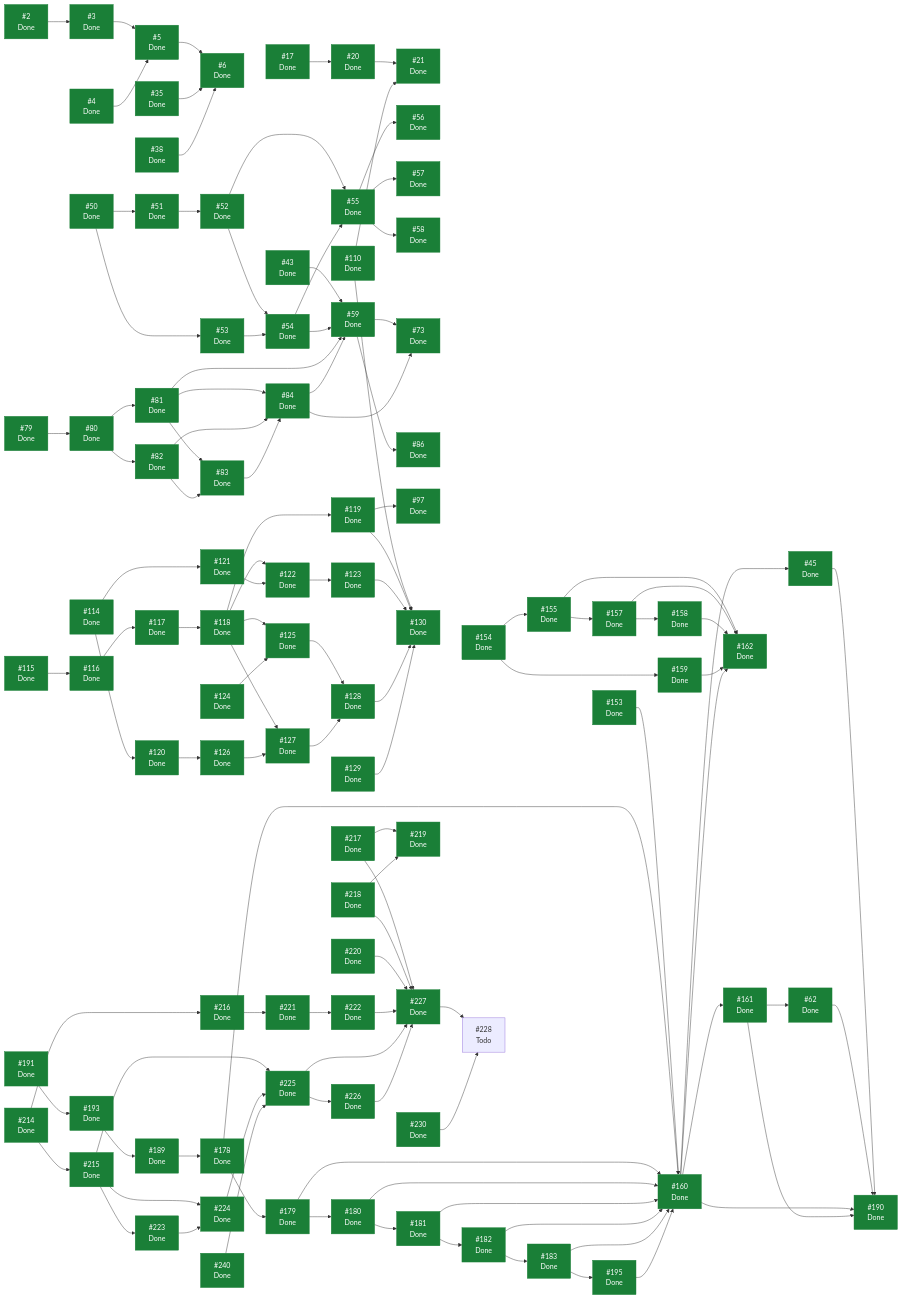
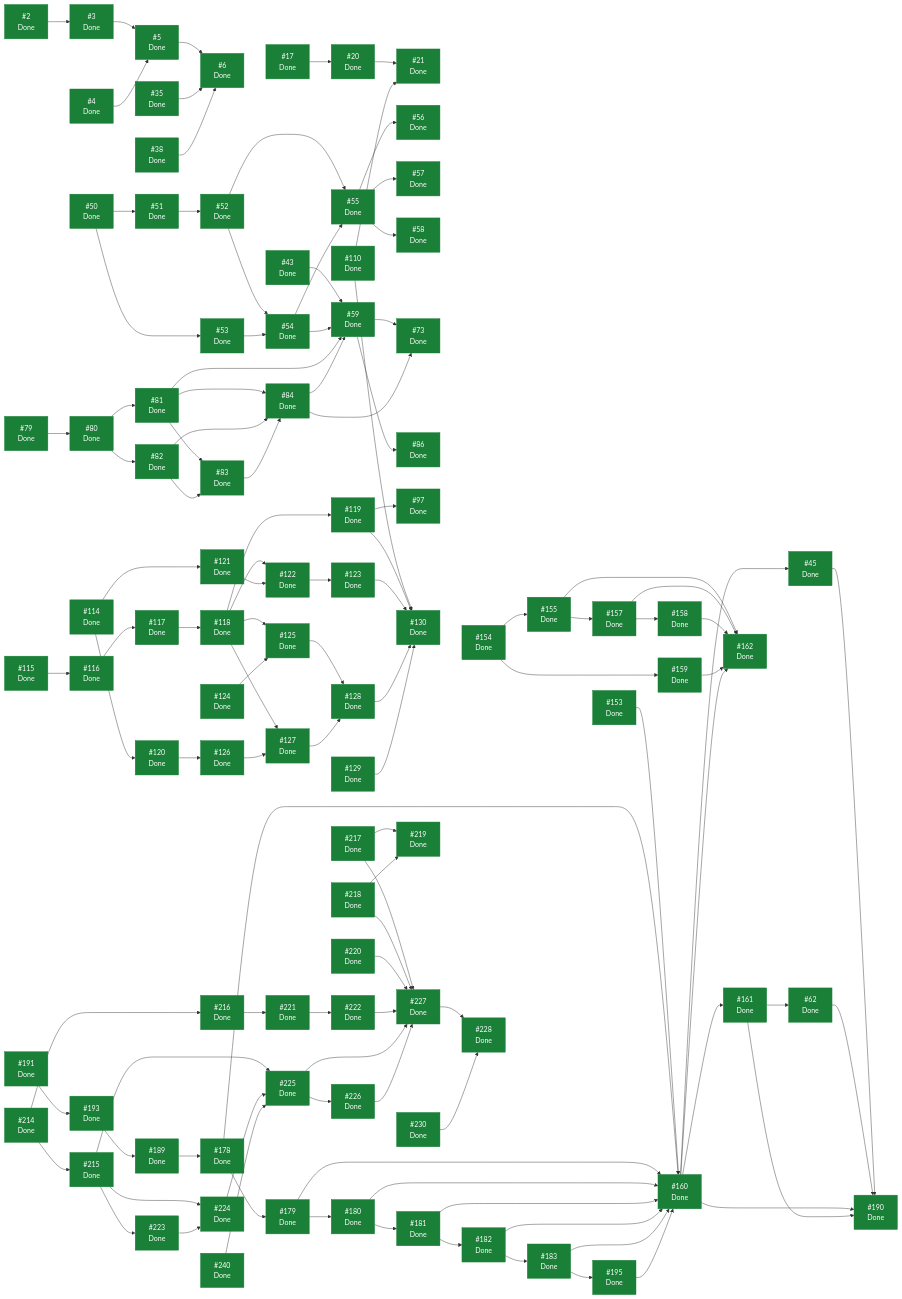
Before and after one commit to ecamp0s/evault: the diagram in docs/planning/STATUS.md, drawn with Mermaid. The commit also changed other lines of this file, not shown here.

````diff
--- a/docs/planning/STATUS.md
+++ b/docs/planning/STATUS.md
@@ -329,7 +332,7 @@
   I225["#225<br/>Done"]
   I226["#226<br/>Done"]
   I227["#227<br/>Done"]
-  I228["#228<br/>Todo"]
+  I228["#228<br/>Done"]
   I230["#230<br/>Done"]
   I240["#240<br/>Done"]
   I2 --> I3
@@ -443,5 +446,5 @@
   I230 --> I228
   I240 --> I225
   classDef hecho fill:#1a7f37,stroke:#1a7f37,color:#fff;
-  class I2,I3,I4,I5,I6,I17,I20,I21,I35,I38,I43,I45,I50,I51,I52,I53,I54,I55,I56,I57,I58,I59,I62,I73,I79,I80,I81,I82,I83,I84,I86,I97,I110,I114,I115,I116,I117,I118,I119,I120,I121,I122,I123,I124,I125,I126,I127,I128,I129,I130,I153,I154,I155,I157,I158,I159,I160,I161,I162,I178,I179,I180,I181,I182,I183,I189,I190,I191,I193,I195,I214,I215,I216,I217,I218,I219,I220,I221,I222,I223,I224,I225,I226,I227,I230,I240 hecho;
+  class I2,I3,I4,I5,I6,I17,I20,I21,I35,I38,I43,I45,I50,I51,I52,I53,I54,I55,I56,I57,I58,I59,I62,I73,I79,I80,I81,I82,I83,I84,I86,I97,I110,I114,I115,I116,I117,I118,I119,I120,I121,I122,I123,I124,I125,I126,I127,I128,I129,I130,I153,I154,I155,I157,I158,I159,I160,I161,I162,I178,I179,I180,I181,I182,I183,I189,I190,I191,I193,I195,I214,I215,I216,I217,I218,I219,I220,I221,I222,I223,I224,I225,I226,I227,I228,I230,I240 hecho;
 ```
````
